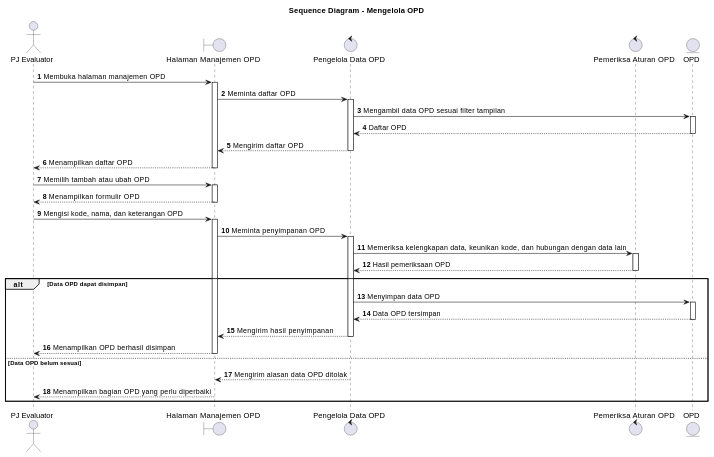
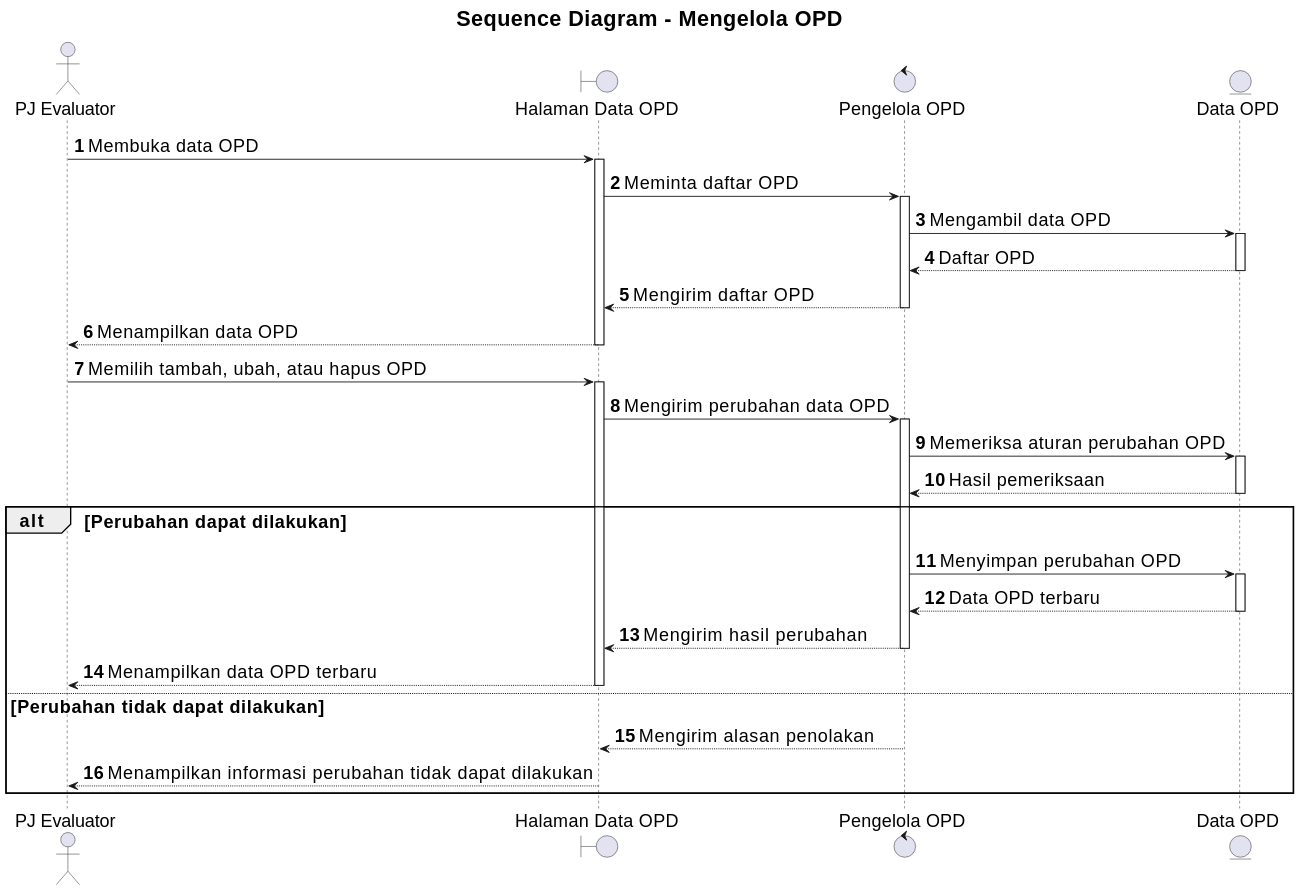
Before and after one commit to howlil/sop-generate-app: the diagram in docs/sequence/lampiran/pj-evaluator-mengelola-opd.md, drawn with PlantUML. The commit also changed other lines of this file and 20 other files, not shown here.

Commit message:
docs(sequence): align all sequence diagrams with use cases

````diff
--- a/docs/sequence/lampiran/pj-evaluator-mengelola-opd.md
+++ b/docs/sequence/lampiran/pj-evaluator-mengelola-opd.md
@@ -16,37 +16,39 @@
 ```plantuml
 @startuml
+skinparam defaultFontSize 20
+skinparam titleFontSize 24
+skinparam dpi 160
+
 title Sequence Diagram - Mengelola OPD
 autonumber
 autoactivate on
 
 actor "PJ Evaluator" as A
-boundary "Halaman Manajemen OPD" as B
-control "Pengelola Data OPD" as C
-control "Pemeriksa Aturan OPD" as D
-entity "OPD" as OPD
+boundary "Halaman Data OPD" as B
+control "Pengelola OPD" as C
+entity "Data OPD" as D
 
-A -> B : Membuka halaman manajemen OPD
+A -> B : Membuka data OPD
 B -> C : Meminta daftar OPD
-C -> OPD : Mengambil data OPD sesuai filter tampilan
-OPD --> C : Daftar OPD
+C -> D : Mengambil data OPD
+D --> C : Daftar OPD
 C --> B : Mengirim daftar OPD
-B --> A : Menampilkan daftar OPD
+B --> A : Menampilkan data OPD
 
-A -> B : Memilih tambah atau ubah OPD
-B --> A : Menampilkan formulir OPD
-A -> B : Mengisi kode, nama, dan keterangan OPD
-B -> C : Meminta penyimpanan OPD
-C -> D : Memeriksa kelengkapan data, keunikan kode, dan hubungan dengan data lain
-D --> C : Hasil pemeriksaan OPD
-alt Data OPD dapat disimpan
-  C -> OPD : Menyimpan data OPD
-  OPD --> C : Data OPD tersimpan
-  C --> B : Mengirim hasil penyimpanan
-  B --> A : Menampilkan OPD berhasil disimpan
-else Data OPD belum sesuai
-  C --> B : Mengirim alasan data OPD ditolak
-  B --> A : Menampilkan bagian OPD yang perlu diperbaiki
+A -> B : Memilih tambah, ubah, atau hapus OPD
+B -> C : Mengirim perubahan data OPD
+C -> D : Memeriksa aturan perubahan OPD
+D --> C : Hasil pemeriksaan
+
+alt Perubahan dapat dilakukan
+  C -> D : Menyimpan perubahan OPD
+  D --> C : Data OPD terbaru
+  C --> B : Mengirim hasil perubahan
+  B --> A : Menampilkan data OPD terbaru
+else Perubahan tidak dapat dilakukan
+  C --> B : Mengirim alasan penolakan
+  B --> A : Menampilkan informasi perubahan tidak dapat dilakukan
 end
 
 @enduml
 ```
````
